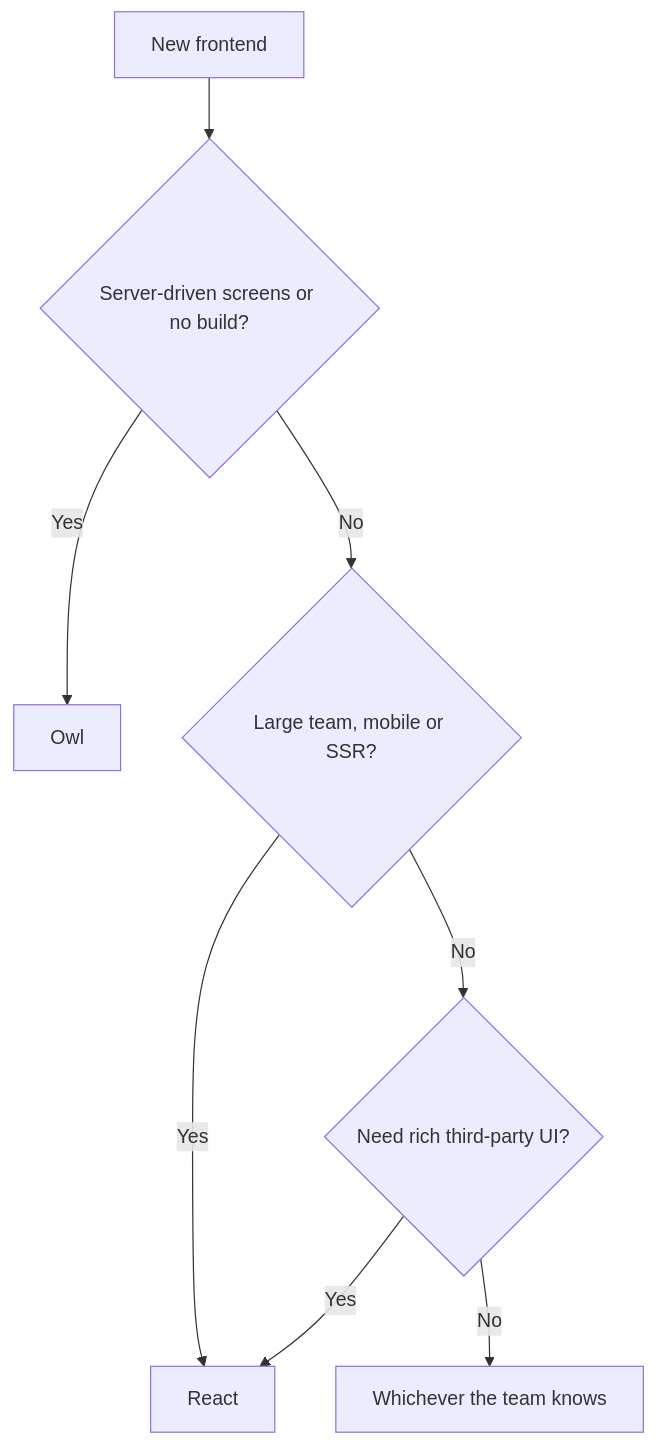
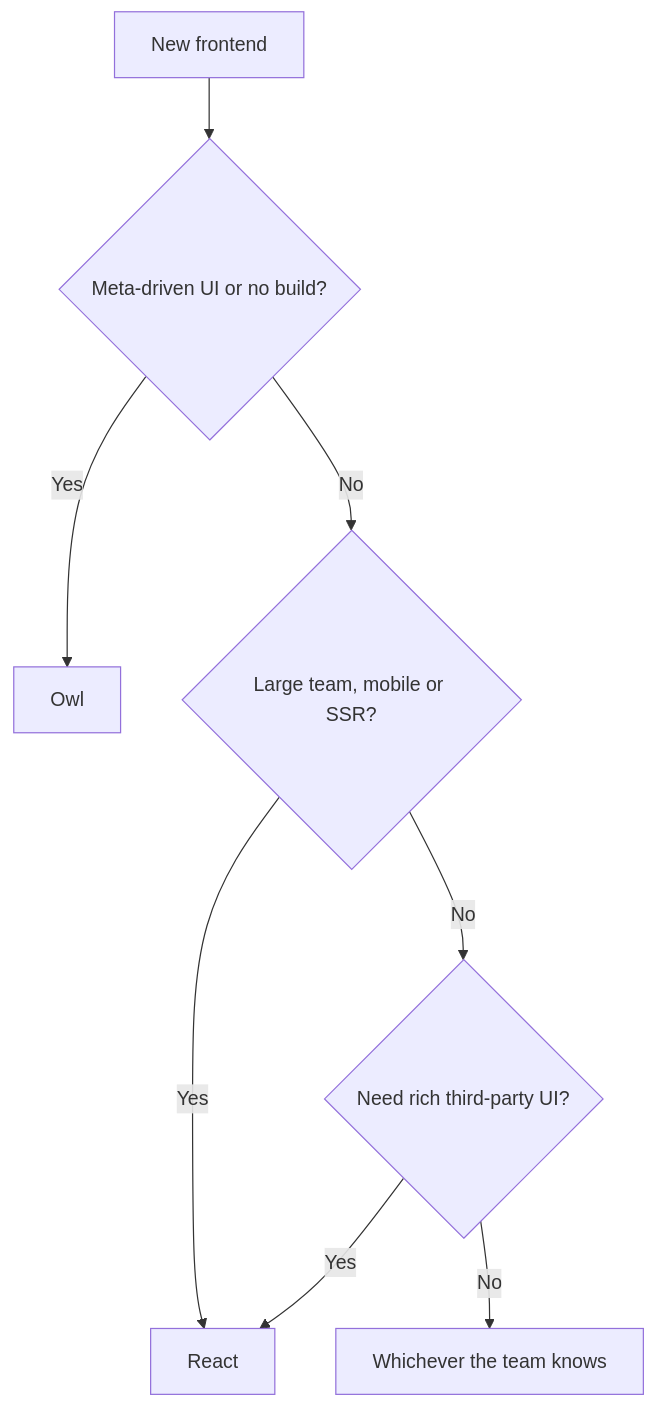
Before and after one commit to thebases/thebase.github.io: the diagram in blog/owl-vs-react/index.en.md, drawn with Mermaid. The commit also changed other lines of this file and 1 other file, not shown here.

Commit message:
owl-vs-react: use 'meta-driven UI' term

````diff
--- a/blog/owl-vs-react/index.en.md
+++ b/blog/owl-vs-react/index.en.md
@@ -81,10 +81,10 @@
 ```mermaid
 flowchart TD
-  A[New frontend] --> B{Server-driven screens or no build?}
+  A[New frontend] --> B{Meta-driven UI or no build?}
   B -- Yes --> C[Owl]
   B -- No --> D{Large team, mobile or SSR?}
   D -- Yes --> E[React]
   D -- No --> F{Need rich third-party UI?}
   F -- Yes --> E
   F -- No --> G[Whichever the team knows]
 ```
````
